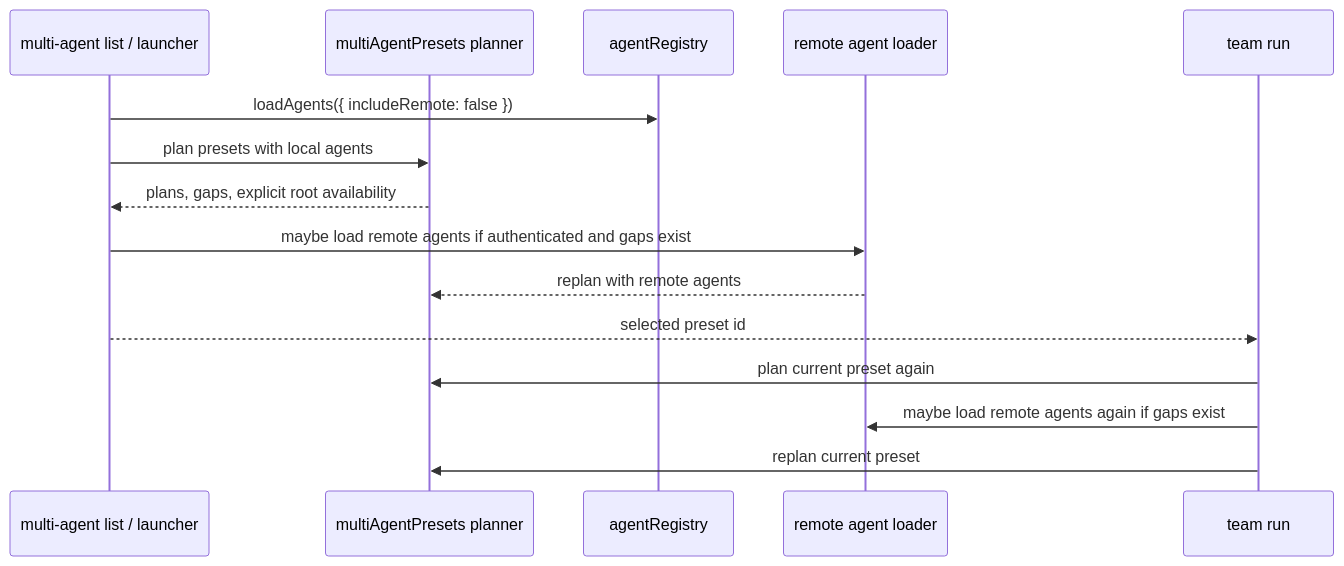
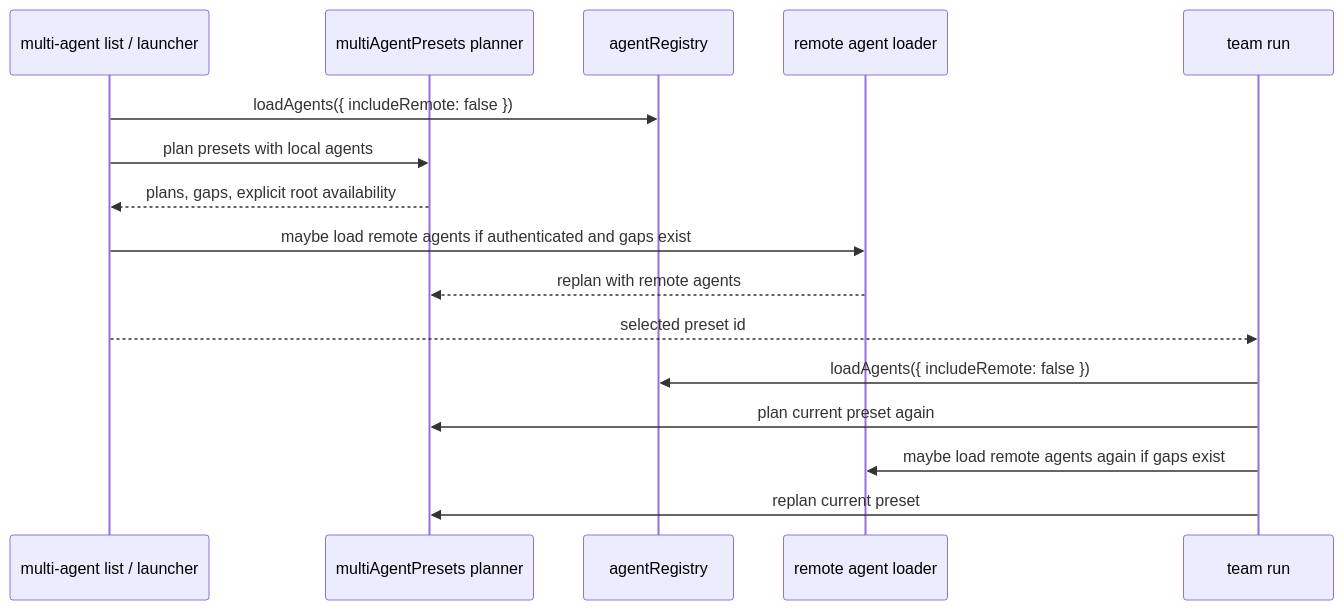
The fourth of 5 diagrams in docs/architecture/cli-runtime-round-trips.md (LionSR/TeXRA), drawn with Mermaid before and after one commit. The commit also changed other lines of this file and 3 other files, not shown here.

````diff
--- a/docs/architecture/cli-runtime-round-trips.md
+++ b/docs/architecture/cli-runtime-round-trips.md
@@ -153,18 +153,19 @@
 ```mermaid
 sequenceDiagram
   participant L as multi-agent list / launcher
   participant P as multiAgentPresets planner
   participant A as agentRegistry
   participant R as remote agent loader
   participant Run as team run
 
   L->>A: loadAgents({ includeRemote: false })
   L->>P: plan presets with local agents
   P-->>L: plans, gaps, explicit root availability
   L->>R: maybe load remote agents if authenticated and gaps exist
   R-->>P: replan with remote agents
   L-->>Run: selected preset id
+  Run->>A: loadAgents({ includeRemote: false })
   Run->>P: plan current preset again
   Run->>R: maybe load remote agents again if gaps exist
   Run->>P: replan current preset
 ```
````
